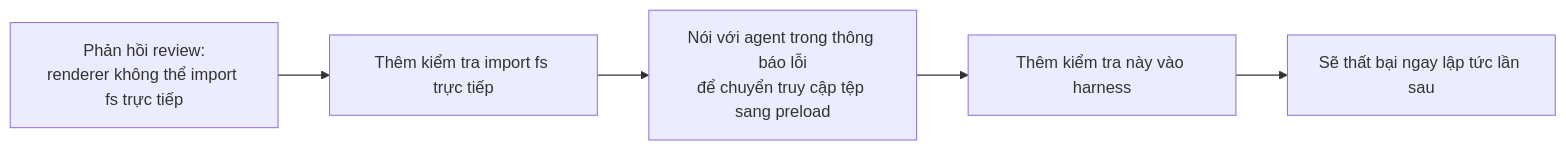
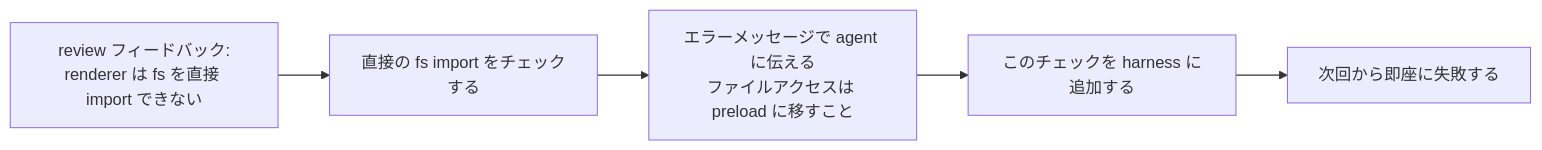
The second of 2 diagrams in docs/vi/lectures/lecture-10-why-end-to-end-testing-changes-results/index.md (mkusaka/learn-harness-engineering), drawn with Mermaid before and after one commit. The commit also changed other lines of this file and 571 other files, not shown here.

````diff
--- a/docs/vi/lectures/lecture-10-why-end-to-end-testing-changes-results/index.md
+++ b/docs/vi/lectures/lecture-10-why-end-to-end-testing-changes-results/index.md
@@ -52,7 +52,7 @@
 ```mermaid
 flowchart LR
-    Review["Phản hồi review:<br/>renderer không thể import fs trực tiếp"] --> Rule["Thêm kiểm tra import fs trực tiếp"]
-    Rule --> Message["Nói với agent trong thông báo lỗi<br/>để chuyển truy cập tệp sang preload"]
-    Message --> Harness["Thêm kiểm tra này vào harness"]
-    Harness --> Stronger["Sẽ thất bại ngay lập tức lần sau"]
+    Review["review フィードバック:<br/>renderer は fs を直接 import できない"] --> Rule["直接の fs import をチェックする"]
+    Rule --> Message["エラーメッセージで agent に伝える<br/>ファイルアクセスは preload に移すこと"]
+    Message --> Harness["このチェックを harness に追加する"]
+    Harness --> Stronger["次回から即座に失敗する"]
 ```
````
